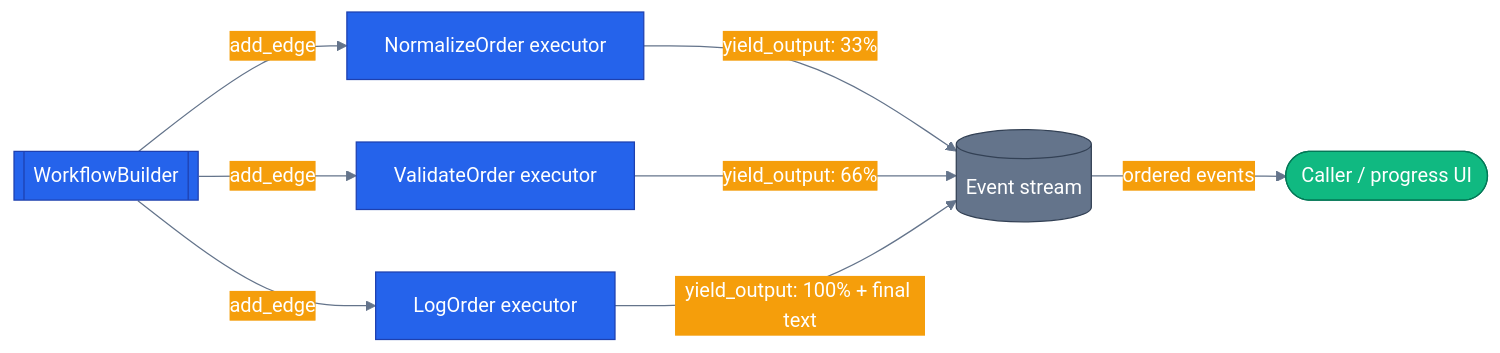
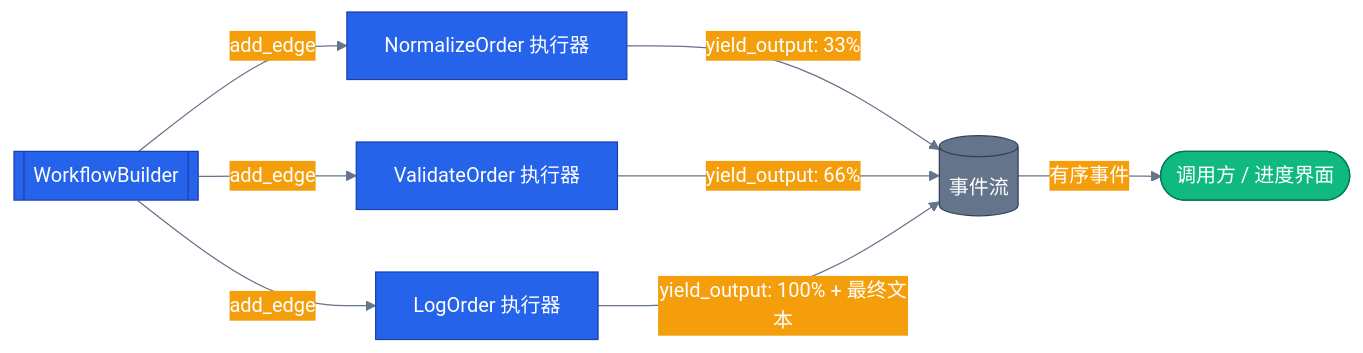
Before and after one commit to s1encisi/reliable-commerce-agents: the diagram in tutorials/10-workflow-events-and-builder/README.md, drawn with Mermaid. The commit also changed other lines of this file and 1033 other files, not shown here.

````diff
--- a/tutorials/10-workflow-events-and-builder/README.md
+++ b/tutorials/10-workflow-events-and-builder/README.md
@@ -22,33 +24,33 @@
 ```mermaid
 %%{init: {'theme':'base', 'themeVariables': {
   'primaryColor': '#2563eb','primaryTextColor': '#ffffff','primaryBorderColor': '#1e40af',
   'lineColor': '#64748b','secondaryColor': '#f59e0b','tertiaryColor': '#10b981',
   'background': 'transparent'}}}%%
 flowchart LR
   classDef core     fill:#2563eb,stroke:#1e40af,color:#ffffff
   classDef external fill:#f59e0b,stroke:#b45309,color:#000000
   classDef success  fill:#10b981,stroke:#047857,color:#ffffff
   classDef infra    fill:#64748b,stroke:#334155,color:#ffffff
 
   builder[[WorkflowBuilder]]
-  norm[NormalizeOrder executor]
-  validate[ValidateOrder executor]
-  log[LogOrder executor]
-  stream[(Event stream)]
-  caller([Caller / progress UI])
+  norm[NormalizeOrder 执行器]
+  validate[ValidateOrder 执行器]
+  log[LogOrder 执行器]
+  stream[(事件流)]
+  caller([调用方 / 进度界面])
 
   builder -- "add_edge" --> norm
   builder -- "add_edge" --> validate
   builder -- "add_edge" --> log
   norm -- "yield_output: 33%" --> stream
   validate -- "yield_output: 66%" --> stream
-  log -- "yield_output: 100% + final text" --> stream
-  stream -- "ordered events" --> caller
+  log -- "yield_output: 100% + 最终文本" --> stream
+  stream -- "有序事件" --> caller
 
   class builder core
   class norm core
   class validate core
   class log core
   class stream infra
   class caller success
 ```
````
